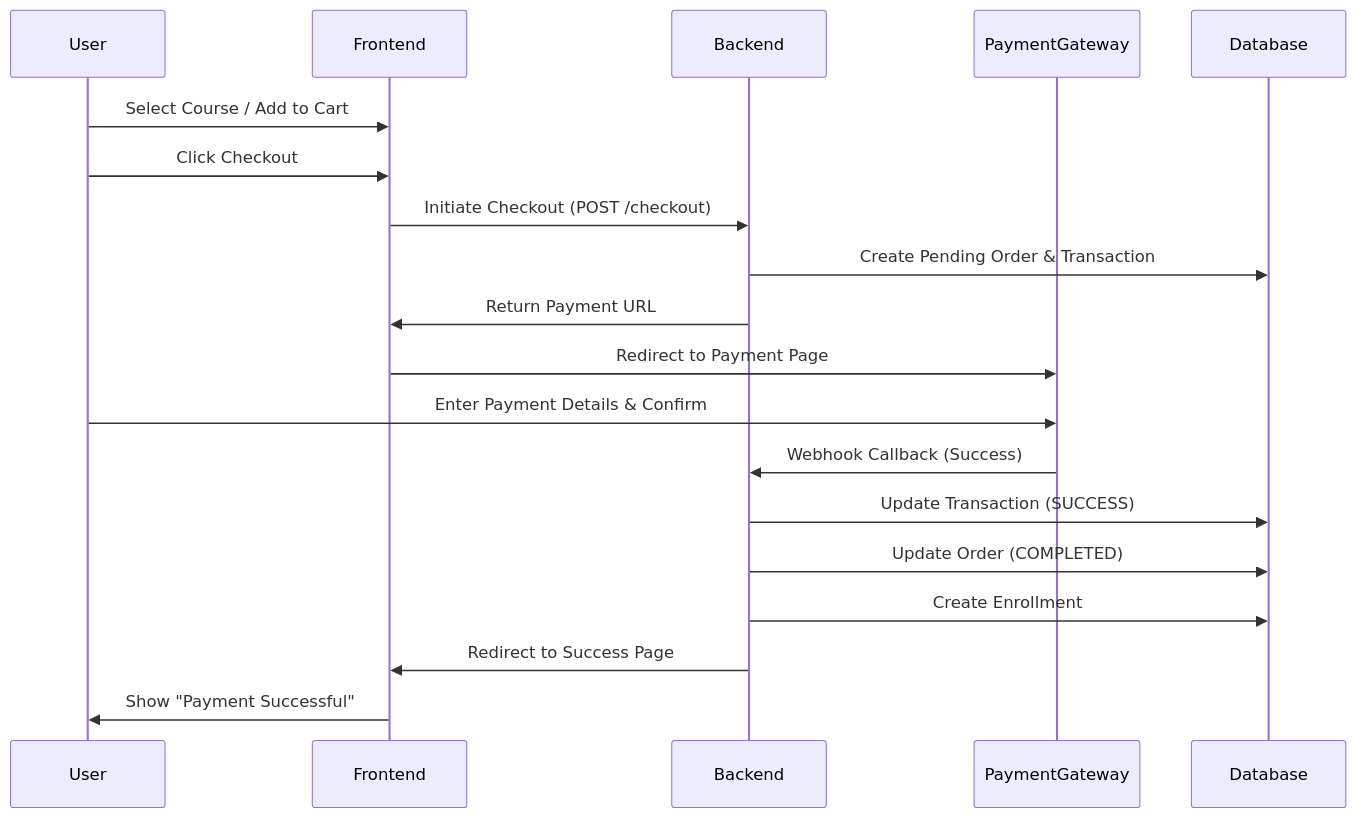
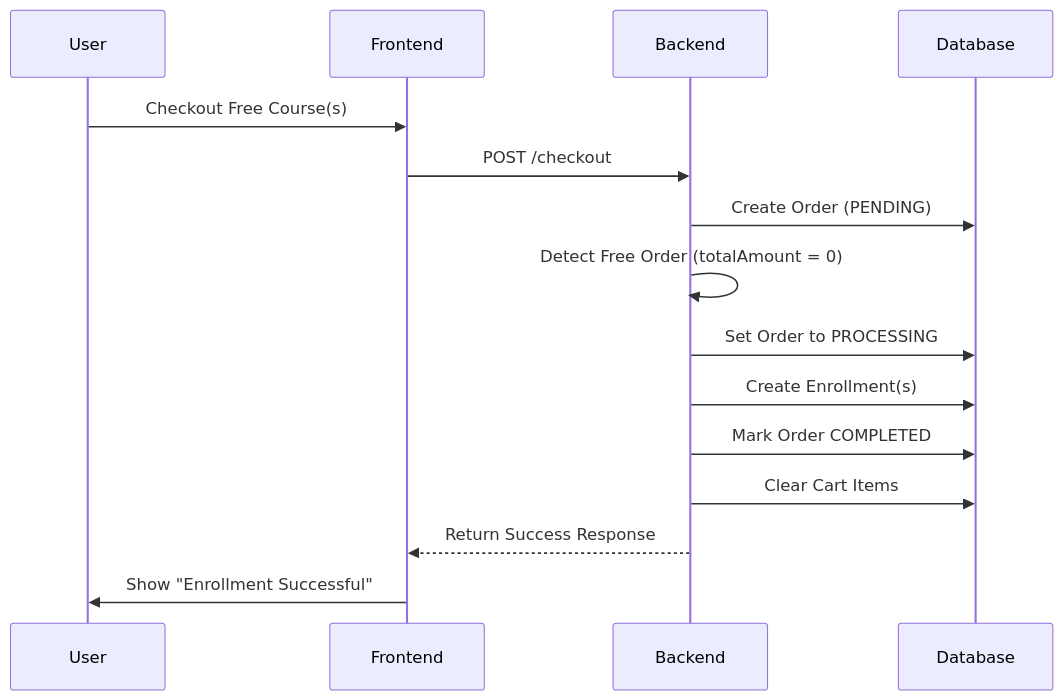
Before and after one commit to HuuLocFIT/EduMind: the fifth of 13 diagrams in docs/workflows/payment_workflows.md, drawn with Mermaid. The commit also changed other lines of this file, not shown here.

Commit message:
Enhance payment workflows documentation to include detailed descriptions of PayPal and SePay checkout flows, including sequence diagrams, currency conversion details, and webhook handling for payment confirmations.

````diff
--- a/docs/workflows/payment_workflows.md
+++ b/docs/workflows/payment_workflows.md
@@ -5,22 +183,18 @@
 ```mermaid
 sequenceDiagram
     participant User
     participant Frontend
     participant Backend
-    participant PaymentGateway
     participant Database
 
-    User->>Frontend: Select Course / Add to Cart
-    User->>Frontend: Click Checkout
-    Frontend->>Backend: Initiate Checkout (POST /checkout)
-    Backend->>Database: Create Pending Order & Transaction
-    Backend->>Frontend: Return Payment URL
-    Frontend->>PaymentGateway: Redirect to Payment Page
-    User->>PaymentGateway: Enter Payment Details & Confirm
-    PaymentGateway->>Backend: Webhook Callback (Success)
-    Backend->>Database: Update Transaction (SUCCESS)
-    Backend->>Database: Update Order (COMPLETED)
-    Backend->>Database: Create Enrollment
-    Backend->>Frontend: Redirect to Success Page
-    Frontend->>User: Show "Payment Successful"
+    User->>Frontend: Checkout Free Course(s)
+    Frontend->>Backend: POST /checkout
+    Backend->>Database: Create Order (PENDING)
+    Backend->>Backend: Detect Free Order (totalAmount = 0)
+    Backend->>Database: Set Order to PROCESSING
+    Backend->>Database: Create Enrollment(s)
+    Backend->>Database: Mark Order COMPLETED
+    Backend->>Database: Clear Cart Items
+    Backend-->>Frontend: Return Success Response
+    Frontend->>User: Show "Enrollment Successful"
 ```
````
